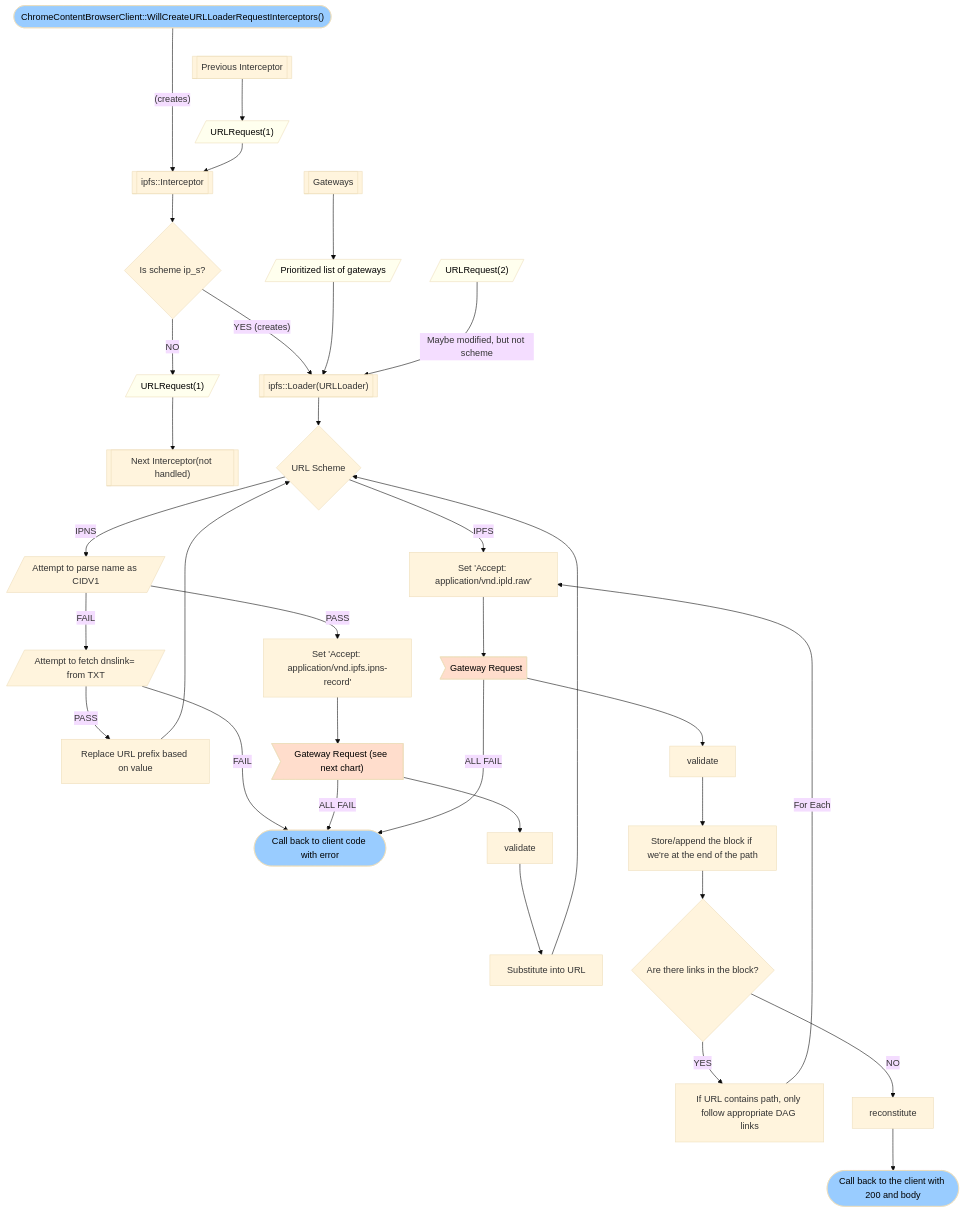
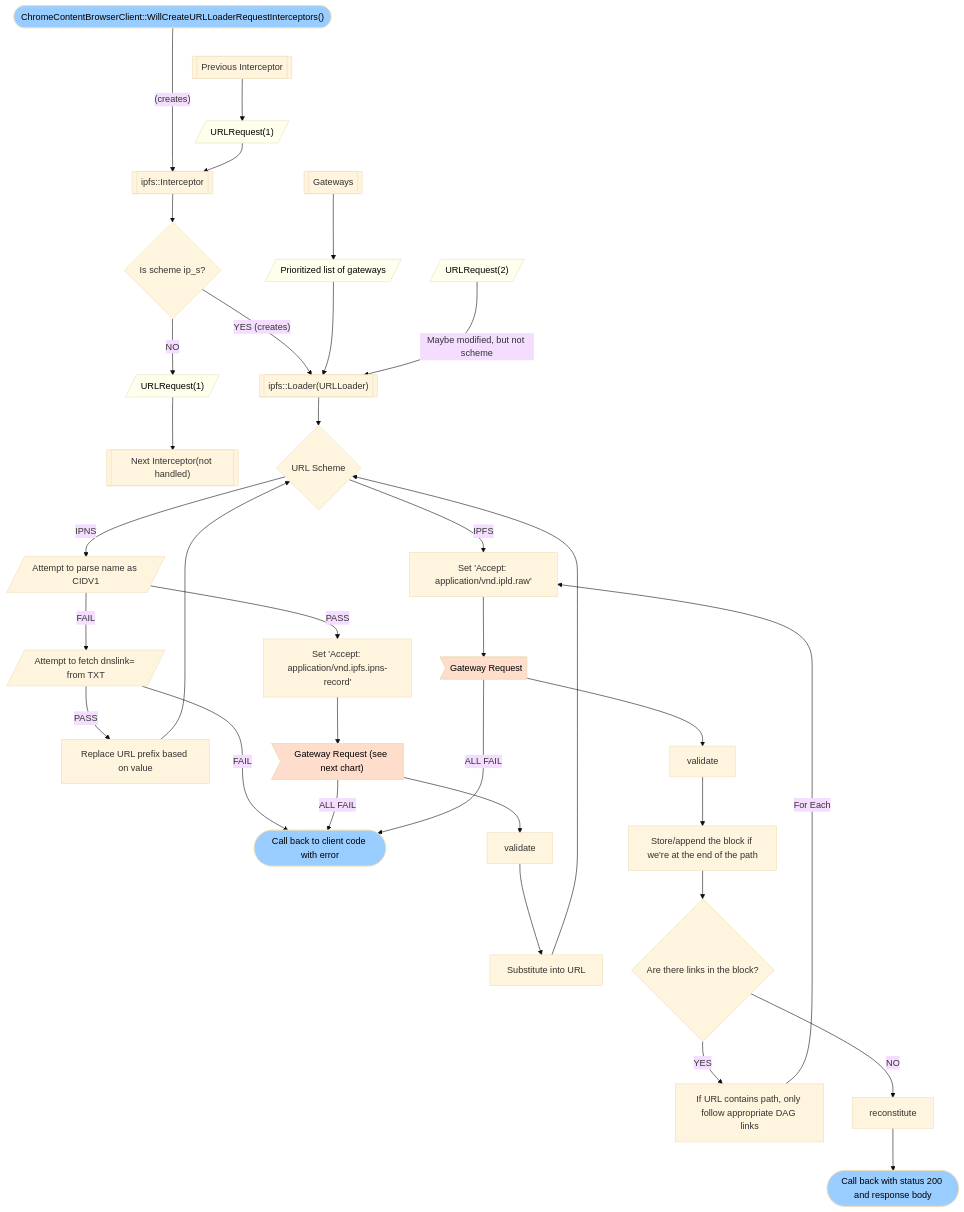
Before and after one commit to little-bear-labs/ipfs-chromium: the first of 3 diagrams in README.md, drawn with Mermaid (base theme). The commit also changed other lines of this file, not shown here.

````diff
--- a/README.md
+++ b/README.md
@@ -41,32 +41,32 @@
 ```mermaid
 graph TD;
     start(["ChromeContentBrowserClient::WillCreateURLLoaderRequestInterceptors()"])
     style start fill:#9CF,color:black
     start --"(creates)"----> inter[[ipfs::Interceptor]]
     prev[[Previous Interceptor]] --> req0[/"URLRequest(1)"/]
     style req0 fill:#FFE,color:black
     req0 --> inter
     inter --> is_ipfs{"Is scheme ip_s?"}
     is_ipfs --NO--> req1[/"URLRequest(1)"/]
     style req1 fill:#FFE,color:black
     req1 --> next[["Next Interceptor(not handled)"]]
     is_ipfs --"YES (creates)"--> loader[["ipfs::Loader(URLLoader)"]]
     state[["Gateways"]] --> gwlist[/"Prioritized list of gateways"/] --> loader
     style gwlist fill:#FFE,color:black
     req2[/"URLRequest(2)"/] --"Maybe modified, but not scheme"--> loader
     style req2 fill:#FFE,color:black
     errored(["Call back to client code with error"])
     style errored fill:#9CF,color:black
     loader --> is_ipns{"URL Scheme"} --IPNS--> parse_ipns[/"Attempt to parse name as CIDV1"/] --FAIL--> dns_txt[/"Attempt to fetch dnslink= from TXT"/] --FAIL--> errored
     dns_txt --PASS--> dns_sub["Replace URL prefix based on value"] --> is_ipns
     parse_ipns --PASS--> detnrurl["Set 'Accept: application/vnd.ipfs.ipns-record'"] --> gwreq>"Gateway Request (see next chart)"]
     style gwreq fill:#FDC,color:black
     gwreq --> validate --> sub["Substitute into URL"] --> is_ipns
     is_ipns --IPFS--> hdr["Set 'Accept: application/vnd.ipld.raw'"] --> gwreq0>"Gateway Request"]
     style gwreq0 fill:#FDC,color:black
     gwreq0 --> v["validate"] --> store["Store/append the block if we're at the end of the path"] --> links{"Are there links in the block?"} --YES--> filtr["If URL contains path, only follow appropriate DAG links"] --"For Each"--> hdr
     gwreq --ALL FAIL--> errored
     gwreq0 --ALL FAIL--> errored
-    links --NO--> reconstitute --> successed(["Call back to the client with 200 and body"])
+    links --NO--> reconstitute --> successed(["Call back with status 200 and response body"])
     style successed fill:#9CF,color:black
  ```
````
